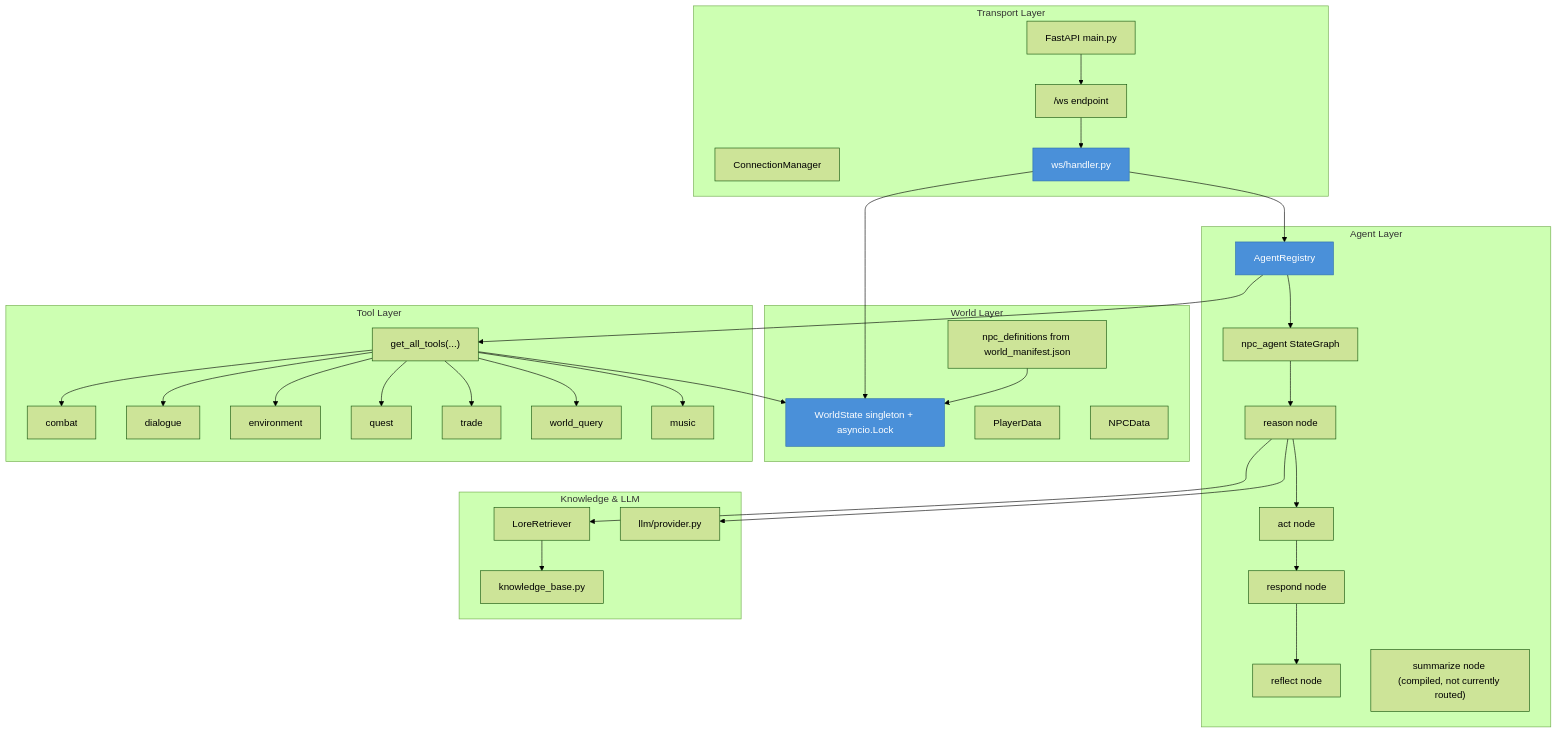
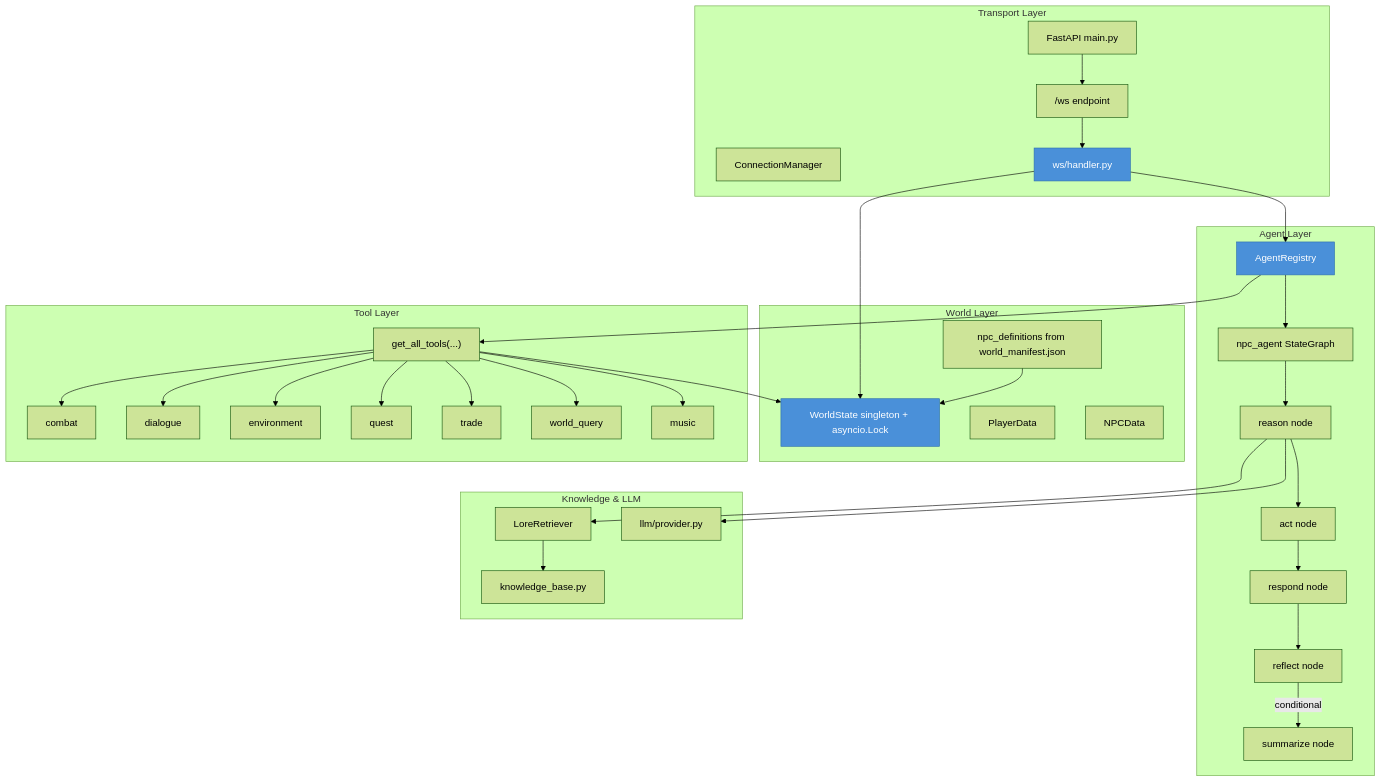
Before and after one commit to Zaexv/world-of-prompcraft: the first of 7 diagrams in server/ARCHITECTURE.md, drawn with Mermaid (forest theme). The commit also changed other lines of this file and 1 other file, not shown here.

Commit message:
docs(architecture): update memory flow docs

````diff
--- a/server/ARCHITECTURE.md
+++ b/server/ARCHITECTURE.md
@@ -9,57 +9,58 @@
 ```mermaid
 flowchart TD
     subgraph Transport["Transport Layer"]
         API["FastAPI main.py"]
         WS["/ws endpoint"]
         CM["ConnectionManager"]
         H["ws/handler.py"]
     end
 
     subgraph Agent["Agent Layer"]
         REG["AgentRegistry"]
         G["npc_agent StateGraph"]
         RN["reason node"]
         AN["act node"]
         RSP["respond node"]
         RF["reflect node"]
-        SUM["summarize node (compiled, not currently routed)"]
+        SUM["summarize node"]
     end
 
     subgraph World["World Layer"]
         WSTATE["WorldState singleton + asyncio.Lock"]
         PDATA["PlayerData"]
         NDATA["NPCData"]
         NDEF["npc_definitions from world_manifest.json"]
     end
 
     subgraph Tooling["Tool Layer"]
         TOOLS["get_all_tools(...)"]
         C["combat"]
         D["dialogue"]
         E["environment"]
         Q["quest"]
         T["trade"]
         WQ["world_query"]
         M["music"]
     end
 
     subgraph Knowledge["Knowledge & LLM"]
         RAG["LoreRetriever"]
         KB["knowledge_base.py"]
         LLM["llm/provider.py"]
     end
 
     API --> WS --> H --> REG --> G
     H --> WSTATE
     REG --> TOOLS
     TOOLS --> C & D & E & Q & T & WQ & M
     G --> RN --> AN --> RSP --> RF
+    RF -->|conditional| SUM
     RN --> RAG --> KB
     RN --> LLM
     TOOLS --> WSTATE
     NDEF --> WSTATE
 
     style H fill:#4a90d9,color:#fff,stroke:#2c6fad
     style REG fill:#4a90d9,color:#fff,stroke:#2c6fad
     style WSTATE fill:#4a90d9,color:#fff,stroke:#2c6fad
 ```
````
